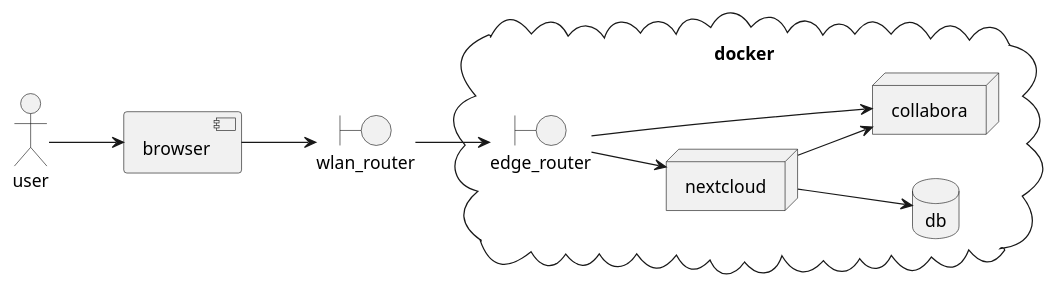
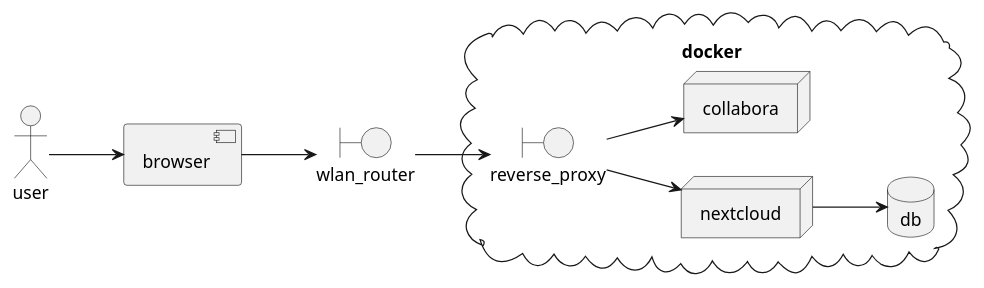
The diagram in src/main/jbake/content/documentation/howto/nextcloud/index.adoc (dancier/documentation), drawn with PlantUML before and after one commit. The commit also changed other lines of this file, not shown here.

Commit message:
fixed basic architecture description nextcloud

```diff
--- a/src/main/jbake/content/documentation/howto/nextcloud/index.adoc
+++ b/src/main/jbake/content/documentation/howto/nextcloud/index.adoc
@@ -80,23 +79,22 @@
 [plantuml, cloud-architecture, svg]
 ....
 @startuml
  left to right direction
  actor user
  component browser
  boundary wlan_router
  cloud docker {
    database db
-   boundary edge_router
+   boundary reverse_proxy
    node nextcloud
    node collabora
  }
 user --> browser
 browser --> wlan_router
-wlan_router --> edge_router
-edge_router --> nextcloud
-edge_router --> collabora
+wlan_router --> reverse_proxy
+reverse_proxy --> nextcloud
+reverse_proxy --> collabora
 nextcloud --> db
-nextcloud --> collabora
 
 @enduml
 ....
```
